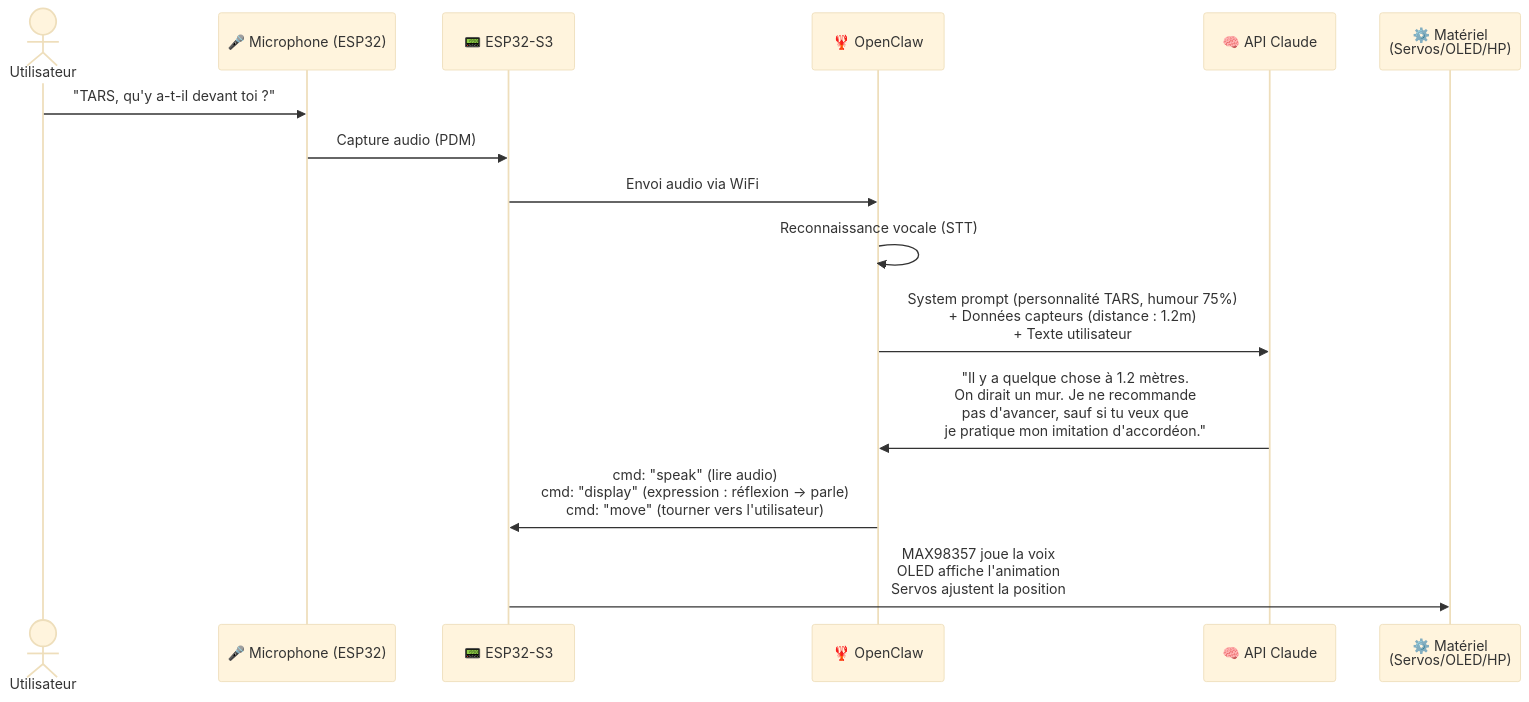
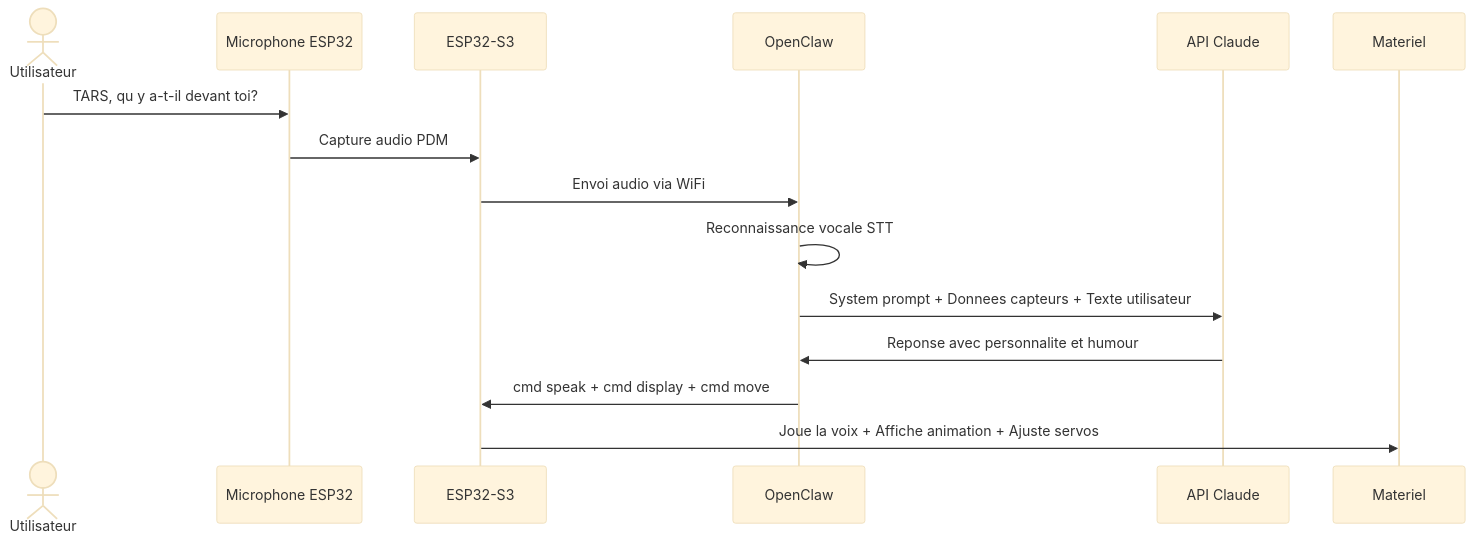
The eighth of 8 diagrams in TARS_Robot_Build_FR.md (zabbix-byte/real-tars), drawn with Mermaid (base theme) before and after one commit. The commit also changed other lines of this file and 2 other files, not shown here.

Commit message:
refactor: update architecture diagrams and component descriptions in README files

````diff
--- a/TARS_Robot_Build_FR.md
+++ b/TARS_Robot_Build_FR.md
@@ -653,18 +655,18 @@
 ```mermaid
 sequenceDiagram
     actor Utilisateur
-    participant MIC as 🎤 Microphone (ESP32)
-    participant ESP as 📟 ESP32-S3
-    participant OC as 🦞 OpenClaw
-    participant CL as 🧠 API Claude
-    participant HW as ⚙️ Matériel<br/>(Servos/OLED/HP)
+    participant MIC as Microphone ESP32
+    participant ESP as ESP32-S3
+    participant OC as OpenClaw
+    participant CL as API Claude
+    participant HW as Materiel
 
-    Utilisateur->>MIC: "TARS, qu'y a-t-il devant toi ?"
-    MIC->>ESP: Capture audio (PDM)
+    Utilisateur->>MIC: TARS, qu y a-t-il devant toi?
+    MIC->>ESP: Capture audio PDM
     ESP->>OC: Envoi audio via WiFi
-    OC->>OC: Reconnaissance vocale (STT)
-    OC->>CL: System prompt (personnalité TARS, humour 75%)<br/>+ Données capteurs (distance : 1.2m)<br/>+ Texte utilisateur
-    CL->>OC: "Il y a quelque chose à 1.2 mètres.<br/>On dirait un mur. Je ne recommande<br/>pas d'avancer, sauf si tu veux que<br/>je pratique mon imitation d'accordéon."
-    OC->>ESP: cmd: "speak" (lire audio)<br/>cmd: "display" (expression : réflexion → parle)<br/>cmd: "move" (tourner vers l'utilisateur)
-    ESP->>HW: MAX98357 joue la voix<br/>OLED affiche l'animation<br/>Servos ajustent la position
+    OC->>OC: Reconnaissance vocale STT
+    OC->>CL: System prompt + Donnees capteurs + Texte utilisateur
+    CL->>OC: Reponse avec personnalite et humour
+    OC->>ESP: cmd speak + cmd display + cmd move
+    ESP->>HW: Joue la voix + Affiche animation + Ajuste servos
 ```
````
